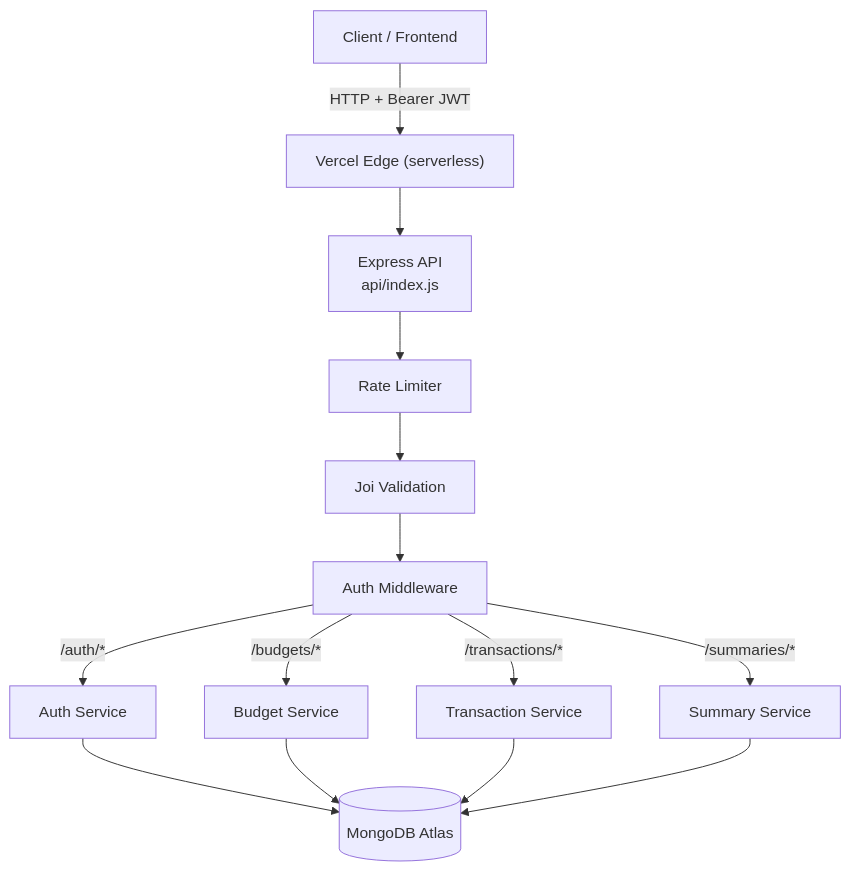
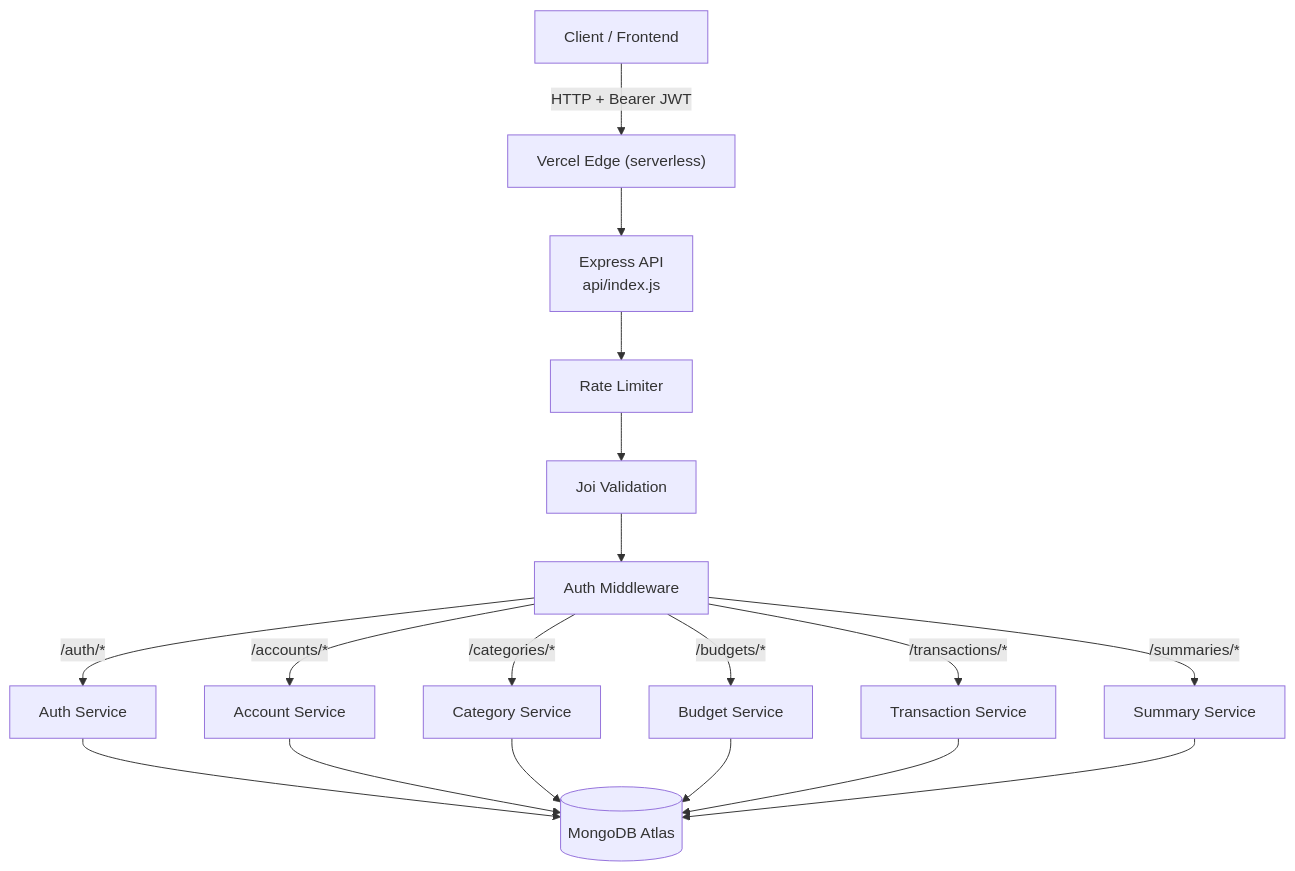
The first of 4 diagrams in README.md (Colin-Stark/personal_budget), drawn with Mermaid before and after one commit. The commit also changed other lines of this file and 13 other files, not shown here.

First line of the commit message:
feat: add Accounts and Categories CRUD with server-generated ObjectIds

````diff
--- a/README.md
+++ b/README.md
@@ -21,28 +24,34 @@
 ```mermaid
 graph TD
     Client["Client / Frontend"]
     Vercel["Vercel Edge (serverless)"]
     API["Express API<br/>api/index.js"]
     AuthMW["Auth Middleware"]
     RateMW["Rate Limiter"]
     ValidateMW["Joi Validation"]
     AuthSvc["Auth Service"]
+    AccountSvc["Account Service"]
+    CategorySvc["Category Service"]
     BudgetSvc["Budget Service"]
     TxSvc["Transaction Service"]
     SummarySvc["Summary Service"]
     Mongo[("MongoDB Atlas")]
 
     Client -->|"HTTP + Bearer JWT"| Vercel
     Vercel --> API
     API --> RateMW
     RateMW --> ValidateMW
     ValidateMW --> AuthMW
     AuthMW -->|"/auth/*"| AuthSvc
+    AuthMW -->|"/accounts/*"| AccountSvc
+    AuthMW -->|"/categories/*"| CategorySvc
     AuthMW -->|"/budgets/*"| BudgetSvc
     AuthMW -->|"/transactions/*"| TxSvc
     AuthMW -->|"/summaries/*"| SummarySvc
     AuthSvc --> Mongo
+    AccountSvc --> Mongo
+    CategorySvc --> Mongo
     BudgetSvc --> Mongo
     TxSvc --> Mongo
     SummarySvc --> Mongo
 ```
````
